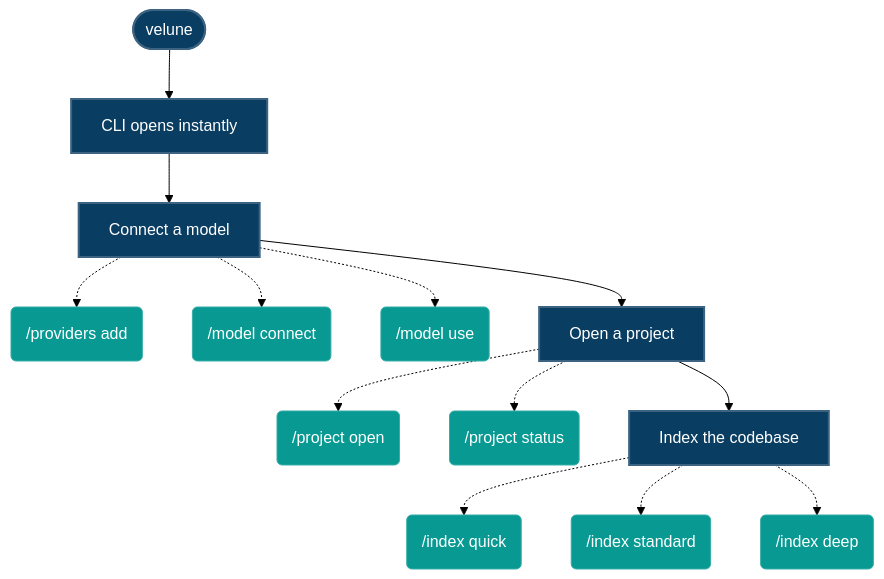
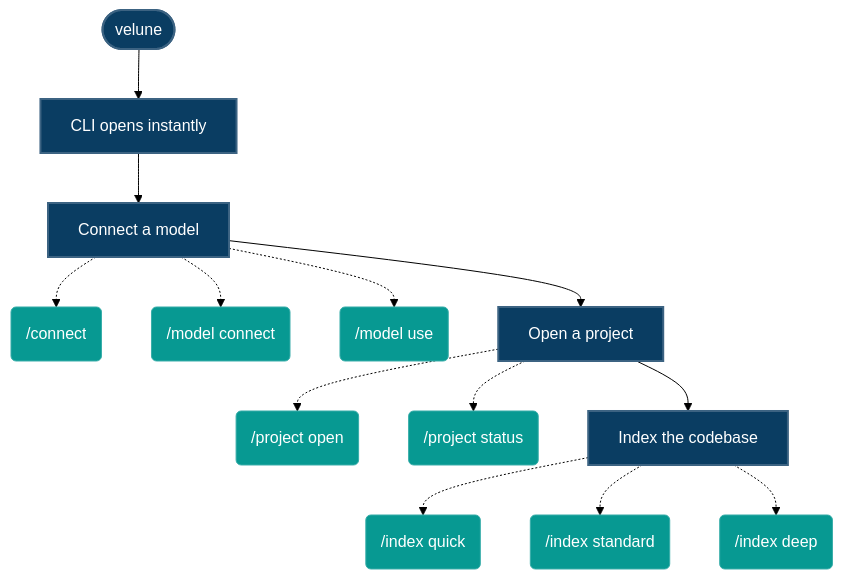
Before and after one commit to Surya-Hariharan/Velune-CLI: the diagram in README.md, drawn with Mermaid (forest theme). The commit also changed other lines of this file and 69 other files, not shown here.

````diff
--- a/README.md
+++ b/README.md
@@ -155,20 +155,20 @@
 ```mermaid
 flowchart TD
     Start([velune]) --> CLI[CLI opens instantly]
     CLI --> Connect[Connect a model]
-    Connect -.-> C1("`/providers add`")
+    Connect -.-> C1("`/connect`")
     Connect -.-> C2("`/model connect`")
     Connect -.-> C3("`/model use`")
     Connect --> Open[Open a project]
     Open -.-> O1("`/project open`")
     Open -.-> O2("`/project status`")
     Open --> Cog[Index the codebase]
     Cog -.-> R1("`/index quick`")
     Cog -.-> R2("`/index standard`")
     Cog -.-> R3("`/index deep`")
 
     classDef action fill:#0a3d62,stroke:#3c6382,stroke-width:2px,color:#fff;
     classDef cmd fill:#079992,stroke:#38ada9,stroke-width:1px,color:#fff;
     class Start,CLI,Connect,Open,Cog action;
     class C1,C2,C3,O1,O2,R1,R2,R3 cmd;
 ```
````
